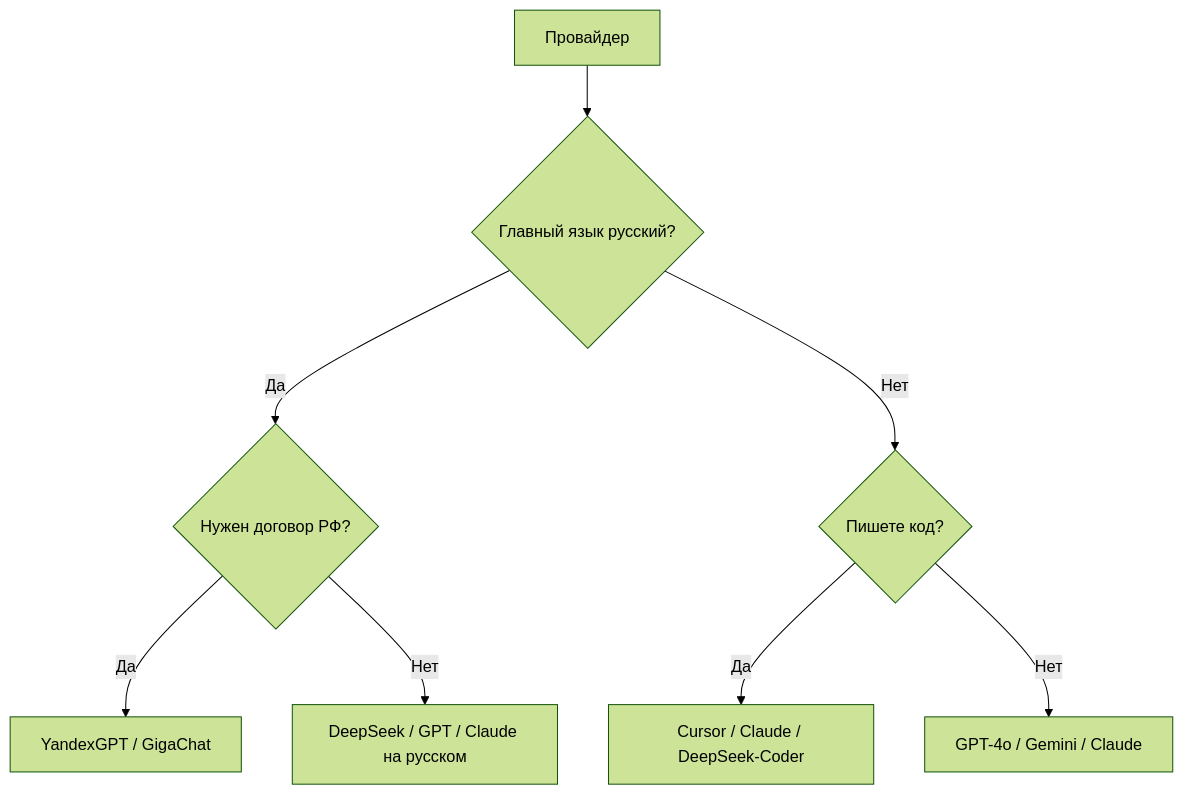
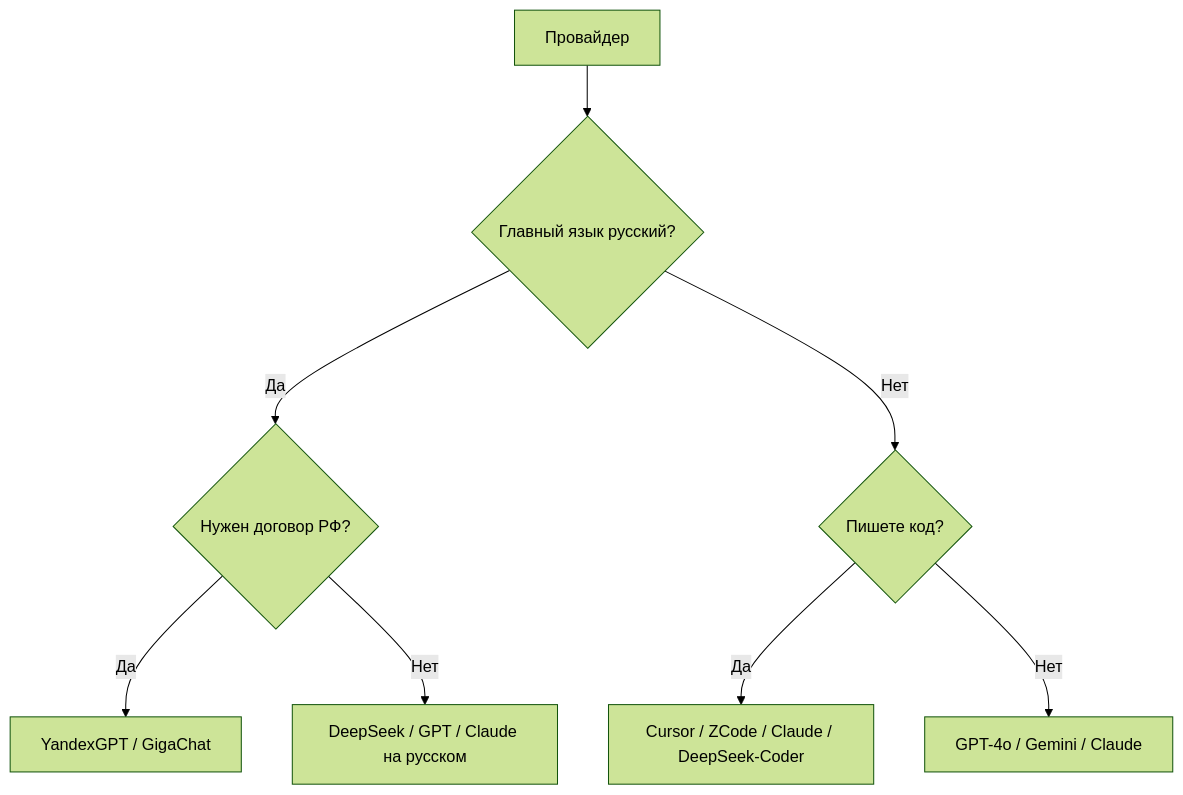
One commit to Spirzen/it-knowledge-base changed the fourth of 4 diagrams in docs/encyclopedia/6-ai/6-04-modeli-i-instrumenty/125.md. Above: the diagram before and after it, drawn with Mermaid (forest theme). The commit also changed other lines of this file and 301 other files, not shown here.

````diff
--- a/docs/encyclopedia/6-ai/6-04-modeli-i-instrumenty/125.md
+++ b/docs/encyclopedia/6-ai/6-04-modeli-i-instrumenty/125.md
@@ -312,10 +313,10 @@
 ```mermaid
 flowchart TD
   P[Провайдер] --> Lang{Главный язык русский?}
   Lang -->|Да| RF{Нужен договор РФ?}
   RF -->|Да| RU[YandexGPT / GigaChat]
   RF -->|Нет| Multi[DeepSeek / GPT / Claude на русском]
   Lang -->|Нет| Code{Пишете код?}
-  Code -->|Да| Dev[Cursor / Claude / DeepSeek-Coder]
+  Code -->|Да| Dev[Cursor / ZCode / Claude / DeepSeek-Coder]
   Code -->|Нет| Gen[GPT-4o / Gemini / Claude]
 ```
````
